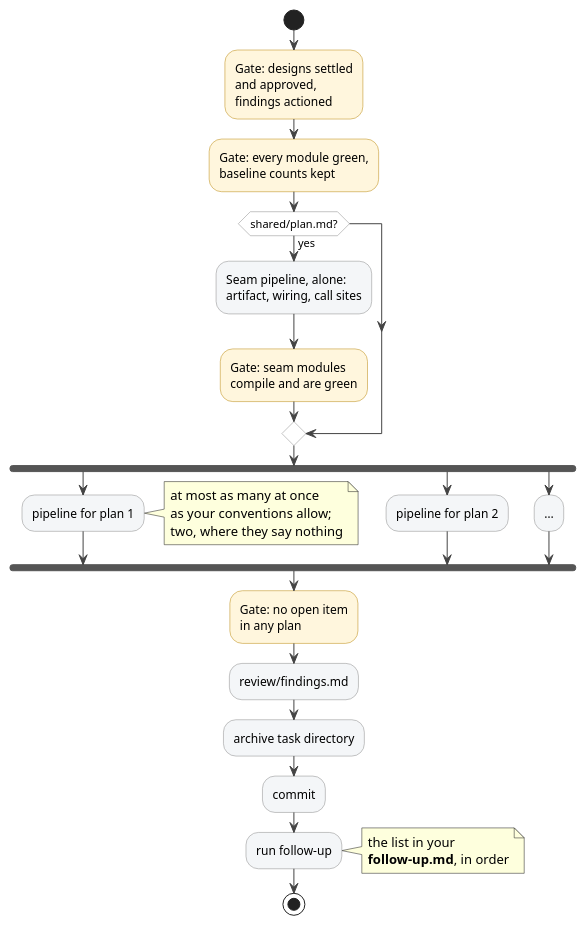
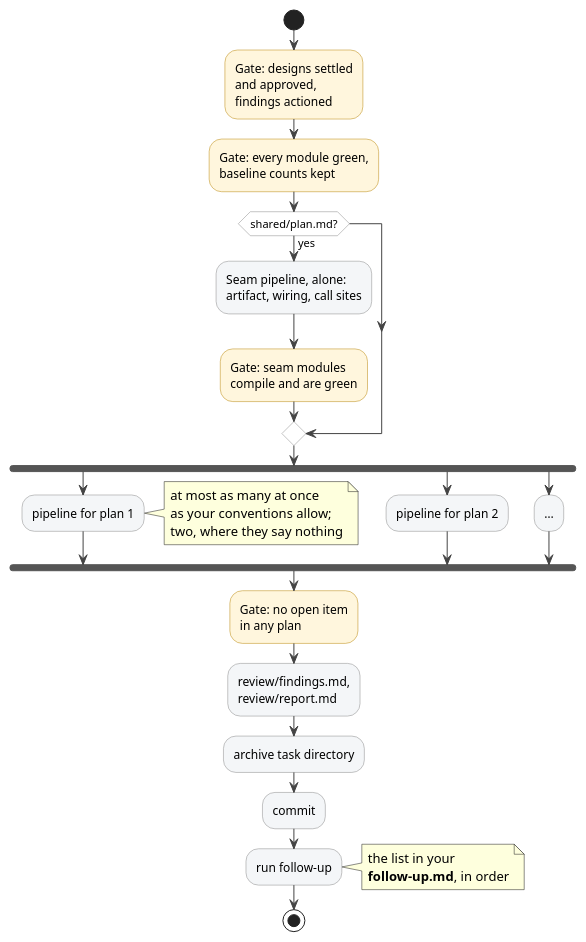
Before and after one commit to ds-usova/tdd-sdlc: the diagram in docs/diagrams/implement-plan-task.puml, drawn with PlantUML. The commit also changed 38 other files, not shown here.

```diff
--- a/docs/diagrams/implement-plan-task.puml
+++ b/docs/diagrams/implement-plan-task.puml
@@ -1,53 +1,54 @@
 @startuml implement-plan-task
 skinparam defaultFontName Helvetica
 skinparam shadowing false
 skinparam ActivityBackgroundColor #F4F6F8
 skinparam ActivityBorderColor #888
 skinparam ActivityDiamondBackgroundColor #FFFFFF
 skinparam ActivityDiamondBorderColor #888
 skinparam ArrowColor #444
 <style>
 activityDiagram {
   .gate {
     BackgroundColor #FFF6DD
     LineColor #B8860B
   }
 }
 </style>
 
 start
 :Gate: designs settled
 and approved,
 findings actioned;<<gate>>
 :Gate: every module green,
 baseline counts kept;<<gate>>
 if (shared/plan.md?) then (yes)
   :Seam pipeline, alone:
   artifact, wiring, call sites;
   :Gate: seam modules
   compile and are green;<<gate>>
 endif
 fork
   :pipeline for plan 1;
   note right
     at most as many at once
     as your conventions allow;
     two, where they say nothing
   end note
 fork again
   :pipeline for plan 2;
 fork again
   :…;
 end fork
 :Gate: no open item
 in any plan;<<gate>>
-:review/findings.md;
+:review/findings.md,
+review/report.md;
 :archive task directory;
 :commit;
 :run follow-up;
 note right
   the list in your
   **follow-up.md**, in order
 end note
 stop
 @enduml
```
